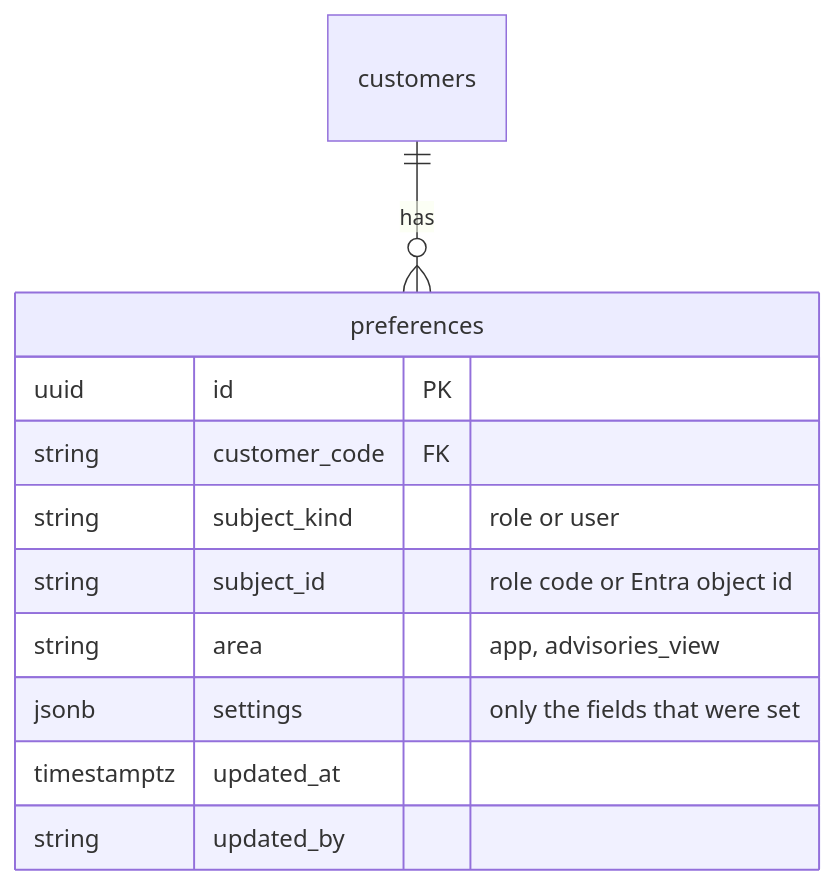
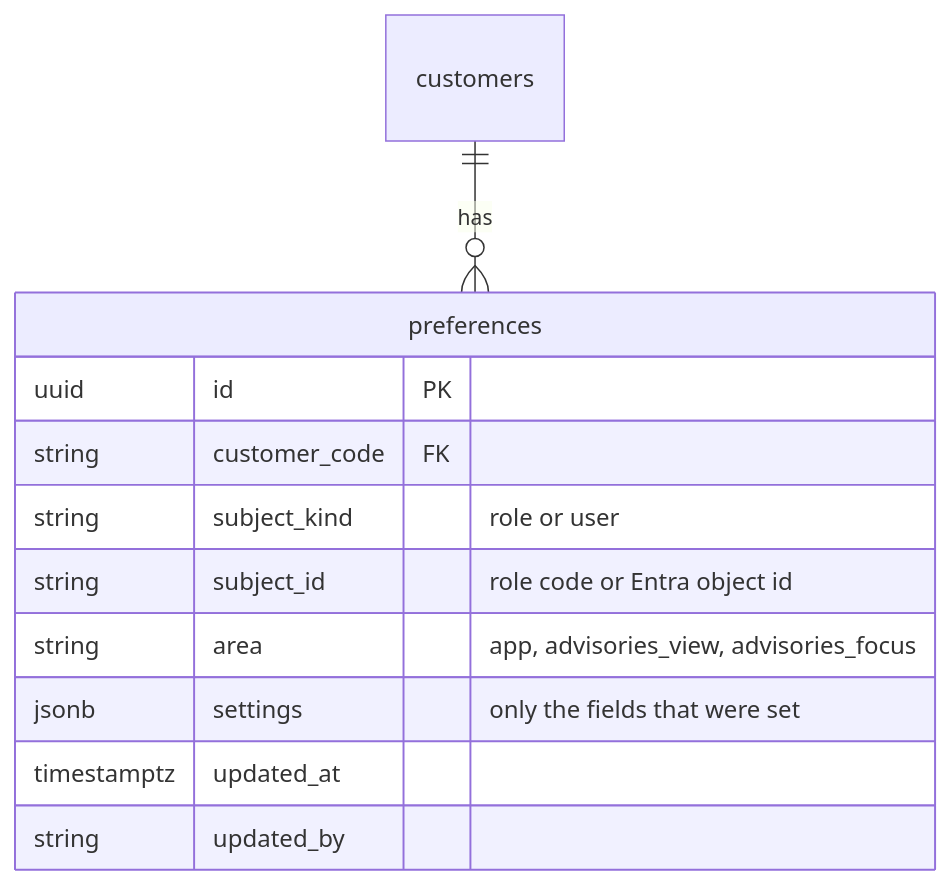
Diagram 16 of 16 in docs/database-er-diagram.md (eamtalu/RAG-PipeLine), drawn with Mermaid before and after one commit. The commit also changed 2 other files, not shown here.

Commit message:
Preferences: the kinds and severities a person wants first on the Advisories list (chunk 241)
Program step 2, slice 3, backend part: the area advisories_focus. Empty kinds
means every kind; at least one severity must stay, or the list would open
empty for ever. No table change: an area is a validated shape.

Claude-Session: https://claude.ai/code/session_01KuDxYiXiJAvXKnYVcXnZiF

````diff
--- a/docs/database-er-diagram.md
+++ b/docs/database-er-diagram.md
@@ -1901,14 +1901,14 @@
 ```mermaid
 erDiagram
     customers ||--o{ preferences : "has"
     preferences {
         uuid id PK
         string customer_code FK
         string subject_kind "role or user"
         string subject_id "role code or Entra object id"
-        string area "app, advisories_view"
+        string area "app, advisories_view, advisories_focus"
         jsonb settings "only the fields that were set"
         timestamptz updated_at
         string updated_by
     }
 ```
````
